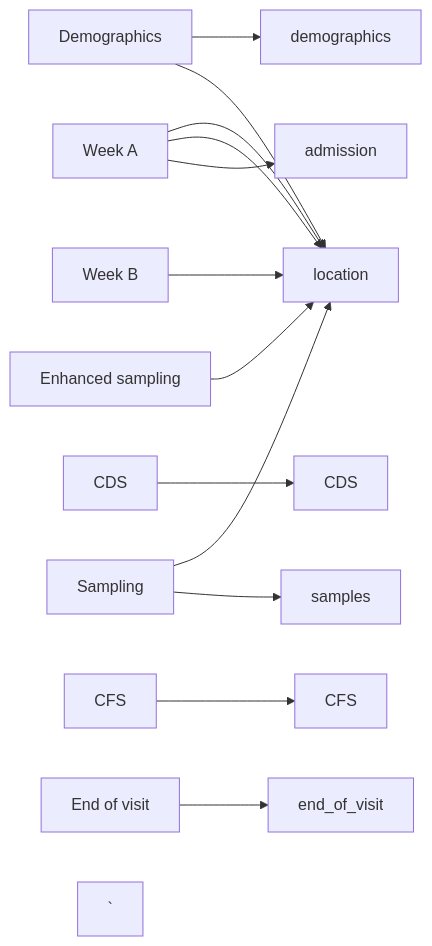
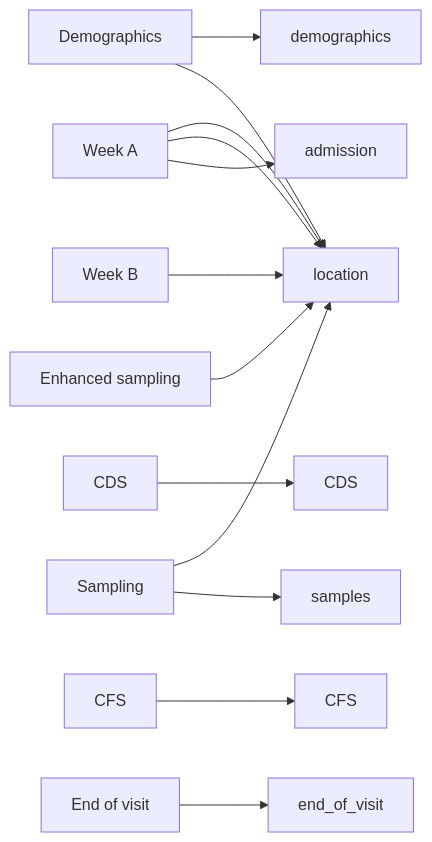
Before and after one commit to joelewis101/TRACS-liverpool: the diagram in data_structure.md, drawn with Mermaid. The commit also changed other lines of this file and 1 other file, not shown here.

````diff
--- a/data_structure.md
+++ b/data_structure.md
@@ -56,17 +60,17 @@
 ```mermaid
 flowchart LR
 A[Demogrophics] --> B[demographics];
 C[CDS] --> D[CDS];
 E[CFS] --> F[CFS];
 G[Week A] --> H[lxposures];
 G[Week A] --> H[location];
 A[Demographics] --> H[location];
 I[Week B] --> H[location];
 J[Sampling] --> H[Location];
 K[Enhanced sampling] --> H[location];
 J[Sampling] --> L[samples];
 G[Week A] --> N[admission];
-O[End of visit] --> P[end_of_visit];`
+O[End of visit] --> P[end_of_visit];
 
 
 ```
````
